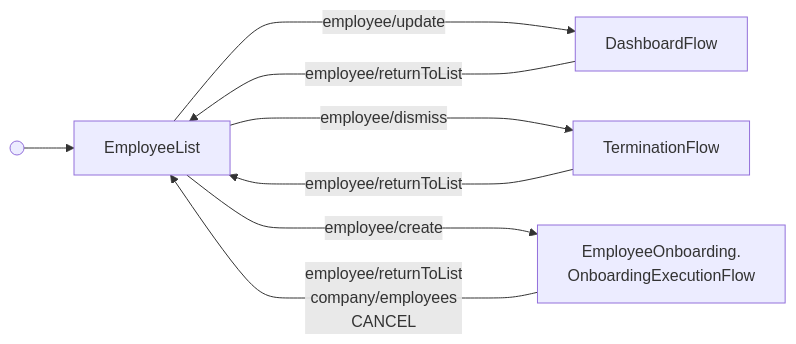
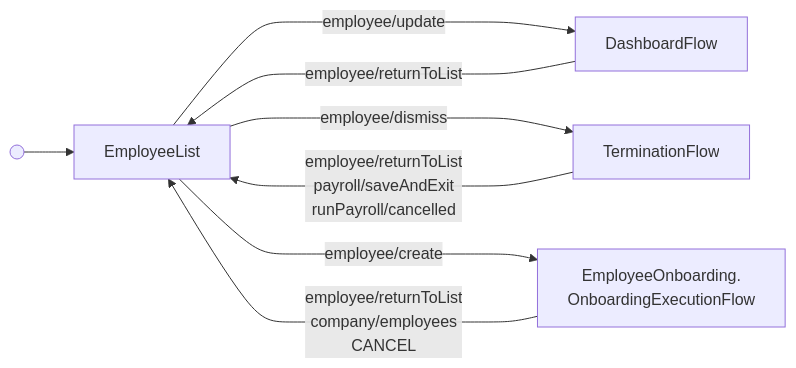
Before and after one commit to Gusto/embedded-react-sdk: the diagram in src/components/Employee/EmployeeListFlow/GUIDE.md, drawn with Mermaid. The commit also changed other lines of this file and 2 other files, not shown here.

Commit message:
fix: return to EmployeeList after dismissal payroll
EmployeeListFlow's terminate state only handled EMPLOYEE_RETURN_TO_LIST,
so exiting or cancelling the offboarding payroll launched from
TerminationFlow left the admin stranded on TerminationFlow's internal
payrollLanding screen instead of returning to the employee list.

Fixes SDK-1337.

````diff
--- a/src/components/Employee/EmployeeListFlow/GUIDE.md
+++ b/src/components/Employee/EmployeeListFlow/GUIDE.md
@@ -17,16 +17,16 @@
 ```mermaid
 flowchart LR
   start@{ shape: sm-circ } --> EmployeeList
 
   EmployeeList ---->|"employee/update"| DashboardFlow
   EmployeeList ---->|"employee/dismiss"| TerminationFlow
   EmployeeList ---->|"employee/create"| OnboardingExecutionFlow["EmployeeOnboarding.<br/>OnboardingExecutionFlow"]
 
   DashboardFlow -->|"employee/returnToList"| EmployeeList
-  TerminationFlow -->|"employee/returnToList"| EmployeeList
+  TerminationFlow -->|"employee/returnToList<br/>payroll/saveAndExit<br/>runPayroll/cancelled"| EmployeeList
   OnboardingExecutionFlow -->|"employee/returnToList<br/>company/employees<br/>CANCEL"| EmployeeList
 
   class DashboardFlow flow
   class TerminationFlow flow
   class OnboardingExecutionFlow flow
 ```
````
